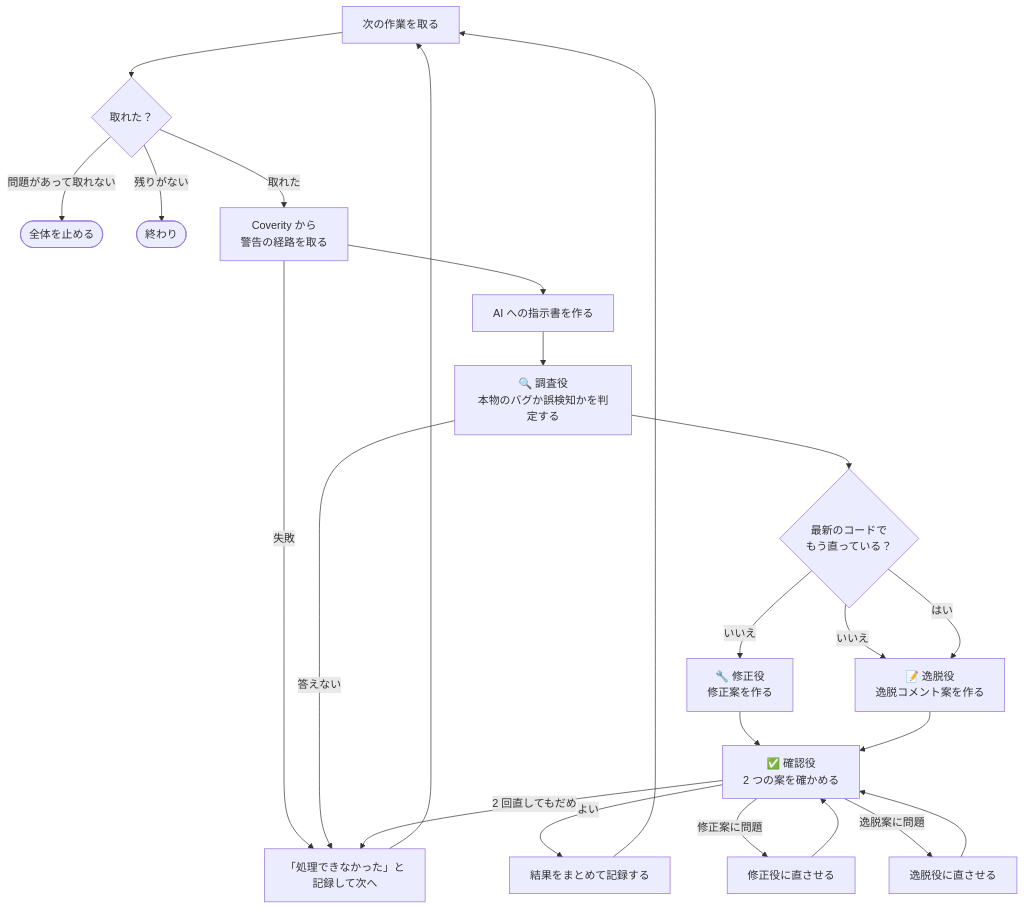
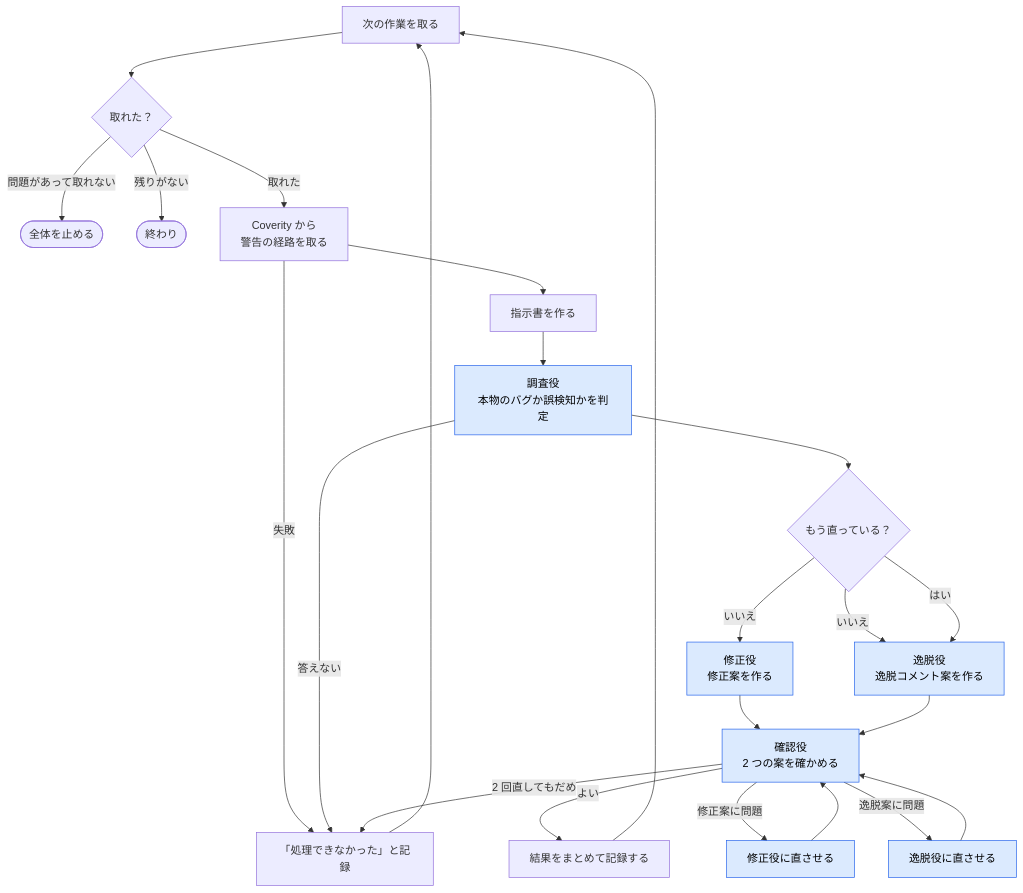
The second of 2 diagrams in plugins/coverity-triage/workflow/coverity-triage-run.md (imaeda-hub/coverity-triage-agent), drawn with Mermaid before and after one commit. The commit also changed other lines of this file and 1 other file, not shown here.

First line of the commit message:
dynamic workflow の md を extension.mjs の図だけにする

````diff
--- a/plugins/coverity-triage/workflow/coverity-triage-run.md
+++ b/plugins/coverity-triage/workflow/coverity-triage-run.md
@@ -35,25 +35,28 @@
 ```mermaid
 flowchart TD
     L1["次の作業を取る"] --> L2{"取れた？"}
     L2 -- "問題があって取れない" --> L9(["全体を止める"])
     L2 -- "残りがない" --> L10(["終わり"])
     L2 -- "取れた" --> L3["Coverity から<br>警告の経路を取る"]
     L3 -- "失敗" --> L8
-    L3 --> L4["AI への指示書を作る"]
-    L4 --> L5["🔍 調査役<br>本物のバグか誤検知かを判定する"]
+    L3 --> L4["指示書を作る"]
+    L4 --> L5["調査役<br>本物のバグか誤検知かを判定"]
     L5 -- "答えない" --> L8
-    L5 --> L11{"最新のコードで<br>もう直っている？"}
-    L11 -- "いいえ" --> L12["🔧 修正役<br>修正案を作る"]
-    L11 -- "いいえ" --> L13["📝 逸脱役<br>逸脱コメント案を作る"]
+    L5 --> L11{"もう直っている？"}
+    L11 -- "いいえ" --> L12["修正役<br>修正案を作る"]
+    L11 -- "いいえ" --> L13["逸脱役<br>逸脱コメント案を作る"]
     L11 -- "はい" --> L13
-    L12 --> L14["✅ 確認役<br>2 つの案を確かめる"]
+    L12 --> L14["確認役<br>2 つの案を確かめる"]
     L13 --> L14
     L14 -- "よい" --> L6["結果をまとめて記録する"]
     L14 -- "修正案に問題" --> L16["修正役に直させる"]
     L14 -- "逸脱案に問題" --> L17["逸脱役に直させる"]
     L16 --> L14
     L17 --> L14
-    L14 -- "2 回直してもだめ" --> L8["「処理できなかった」と<br>記録して次へ"]
+    L14 -- "2 回直してもだめ" --> L8["「処理できなかった」と記録"]
     L6 --> L1
     L8 --> L1
+
+    classDef ai fill:#dbeafe,stroke:#2563eb,color:#000
+    class L5,L12,L13,L14,L16,L17 ai
 ```
````
